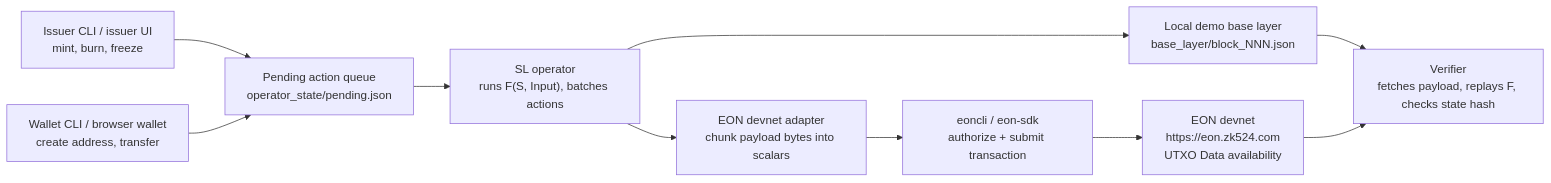
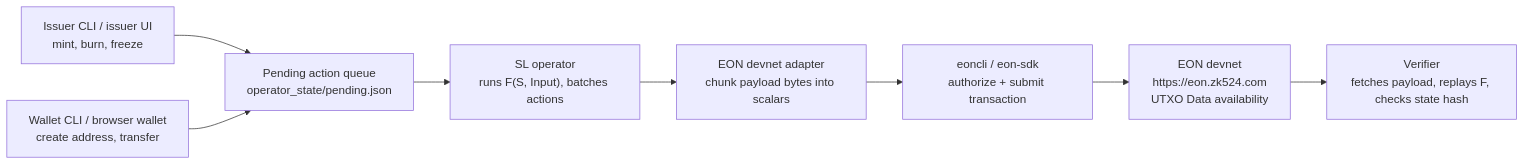
One commit to bryfeng/eon-payment-sl-demo changed the diagram in README.md. Above: the diagram before and after it, drawn with Mermaid. The commit also changed other lines of this file, not shown here.

Commit message:
Make devnet primary in architecture docs

````diff
--- a/README.md
+++ b/README.md
@@ -53,22 +55,19 @@
 ```mermaid
 flowchart LR
   issuer["Issuer CLI / issuer UI<br/>mint, burn, freeze"]
   wallet["Wallet CLI / browser wallet<br/>create address, transfer"]
   pending["Pending action queue<br/>operator_state/pending.json"]
   operator["SL operator<br/>runs F(S, Input), batches actions"]
-  localBase["Local demo base layer<br/>base_layer/block_NNN.json"]
   adapter["EON devnet adapter<br/>chunk payload bytes into scalars"]
   eoncli["eoncli / eon-sdk<br/>authorize + submit transaction"]
   devnet["EON devnet<br/>https://eon.zk524.com<br/>UTXO Data availability"]
   verifier["Verifier<br/>fetches payload, replays F, checks state hash"]
 
   issuer --> pending
   wallet --> pending
   pending --> operator
-  operator --> localBase
   operator --> adapter
   adapter --> eoncli
   eoncli --> devnet
-  localBase --> verifier
   devnet --> verifier
 ```
````
